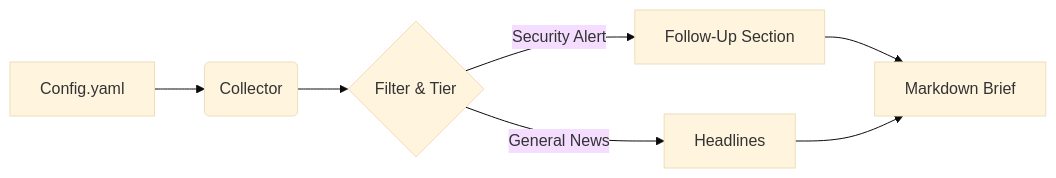
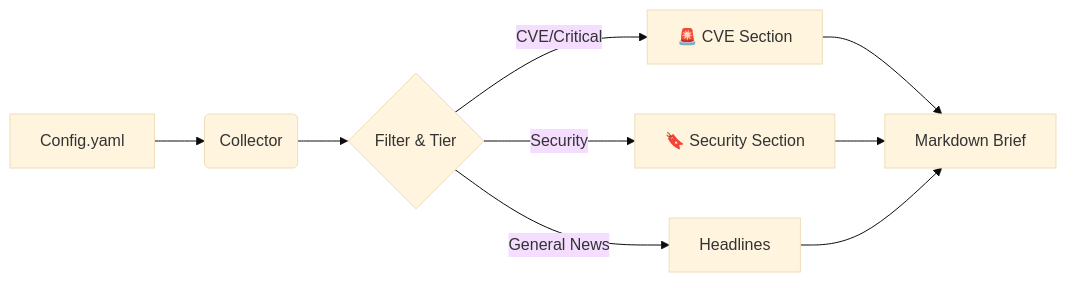
One commit to daryllundy/morning-brief changed the diagram in README.md. Above: the diagram before and after it, drawn with Mermaid (base theme). The commit also changed other lines of this file and 4 other files, not shown here.

````diff
--- a/README.md
+++ b/README.md
@@ -32,9 +50,11 @@
 ```mermaid
 graph LR
     A[Config.yaml] --> B(Collector);
     B --> C{Filter & Tier};
-    C -->|Security Alert| D[Follow-Up Section];
-    C -->|General News| E[Headlines];
-    D --> F[Markdown Brief];
-    E --> F;
+    C -->|CVE/Critical| D[🚨 CVE Section];
+    C -->|Security| E[🔖 Security Section];
+    C -->|General News| F[Headlines];
+    D --> G[Markdown Brief];
+    E --> G;
+    F --> G;
 ```
````
